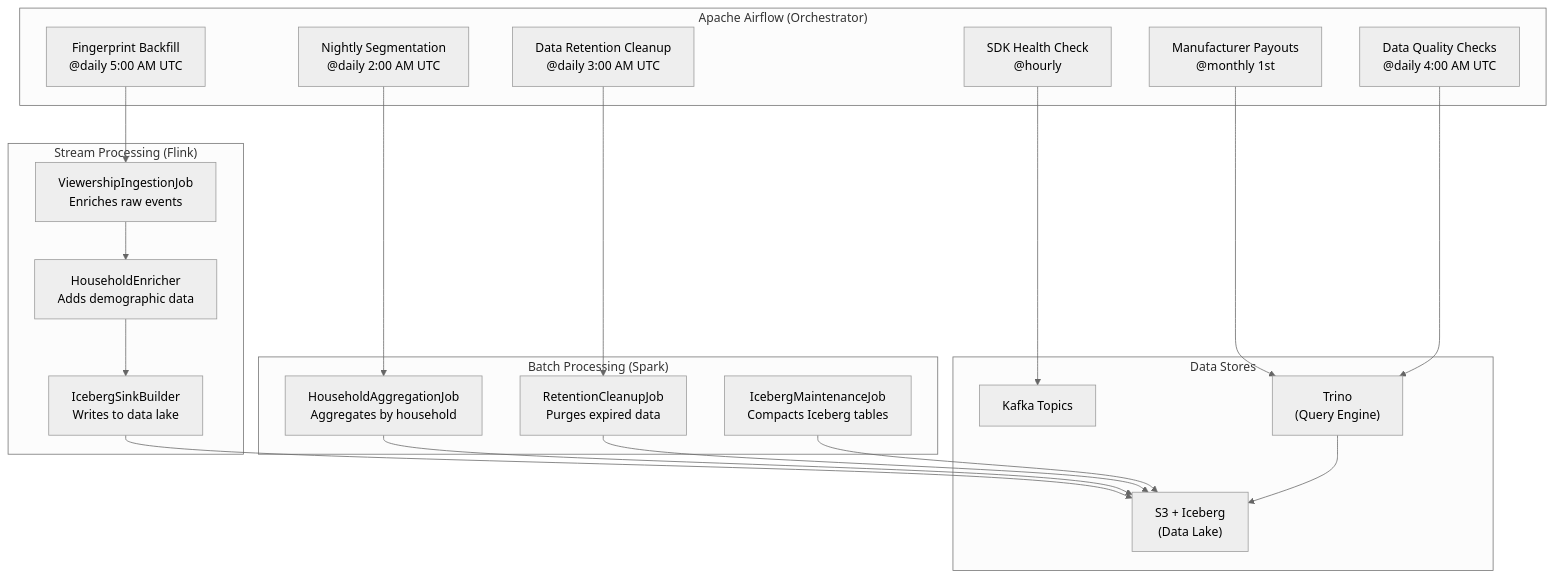
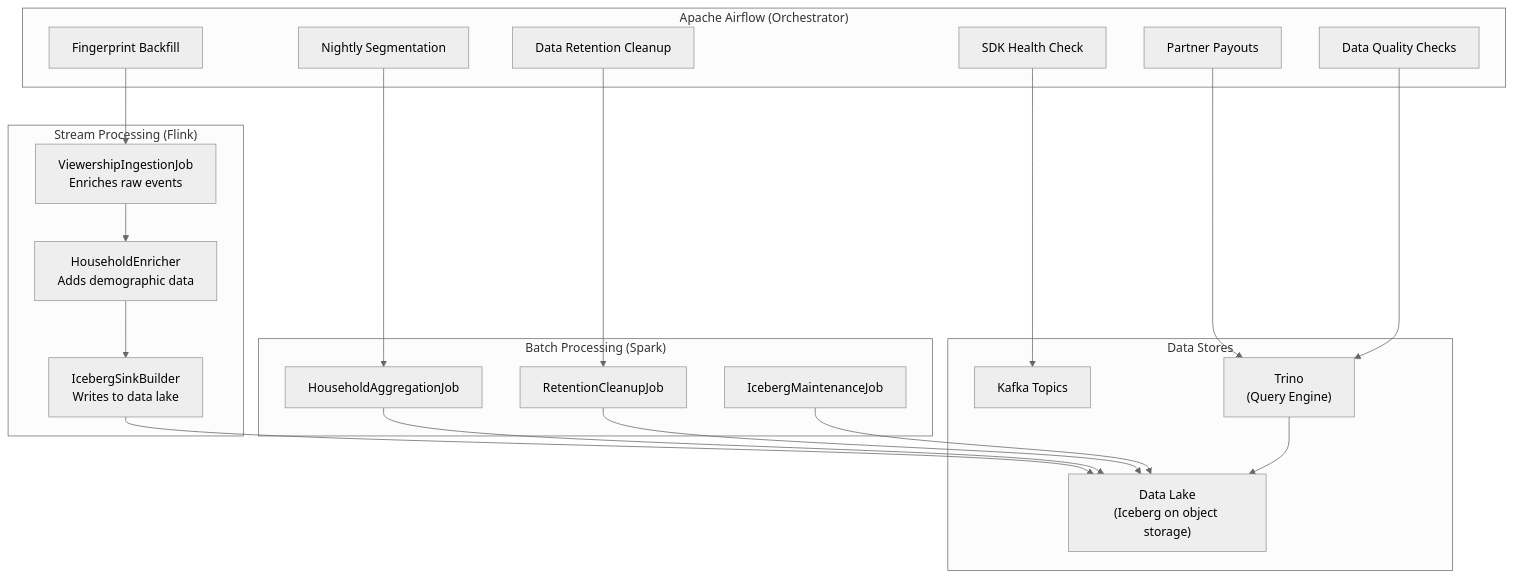
Before and after one commit to ksmettela/Synora: the eighth of 12 diagrams in PRODUCT_BLOG.md, drawn with Mermaid (neutral theme). The commit also changed other lines of this file and 27 other files, not shown here.

````diff
--- a/PRODUCT_BLOG.md
+++ b/PRODUCT_BLOG.md
@@ -460,42 +463,42 @@
 ```mermaid
 graph TD
     subgraph "Apache Airflow (Orchestrator)"
-        DAG1["Nightly Segmentation<br/>@daily 2:00 AM UTC"]
-        DAG2["Data Retention Cleanup<br/>@daily 3:00 AM UTC"]
-        DAG3["Manufacturer Payouts<br/>@monthly 1st"]
-        DAG4["SDK Health Check<br/>@hourly"]
-        DAG5["Data Quality Checks<br/>@daily 4:00 AM UTC"]
-        DAG6["Fingerprint Backfill<br/>@daily 5:00 AM UTC"]
+        DAG1["Nightly Segmentation"]
+        DAG2["Data Retention Cleanup"]
+        DAG3["Partner Payouts"]
+        DAG4["SDK Health Check"]
+        DAG5["Data Quality Checks"]
+        DAG6["Fingerprint Backfill"]
     end
 
     subgraph "Stream Processing (Flink)"
         F1["ViewershipIngestionJob<br/>Enriches raw events"]
         F2["HouseholdEnricher<br/>Adds demographic data"]
         F3["IcebergSinkBuilder<br/>Writes to data lake"]
     end
 
     subgraph "Batch Processing (Spark)"
-        S1["HouseholdAggregationJob<br/>Aggregates by household"]
-        S2["RetentionCleanupJob<br/>Purges expired data"]
-        S3["IcebergMaintenanceJob<br/>Compacts Iceberg tables"]
+        S1["HouseholdAggregationJob"]
+        S2["RetentionCleanupJob"]
+        S3["IcebergMaintenanceJob"]
     end
 
     subgraph "Data Stores"
         KAFKA["Kafka Topics"]
-        S3DB["S3 + Iceberg<br/>(Data Lake)"]
+        S3DB["Data Lake<br/>(Iceberg on object storage)"]
         TRINO["Trino<br/>(Query Engine)"]
     end
 
     DAG1 --> S1
     DAG2 --> S2
     DAG3 --> TRINO
     DAG4 --> KAFKA
     DAG5 --> TRINO
     DAG6 --> F1
 
     F1 --> F2 --> F3 --> S3DB
     S1 --> S3DB
     S2 --> S3DB
     S3 --> S3DB
     TRINO --> S3DB
 ```
````
